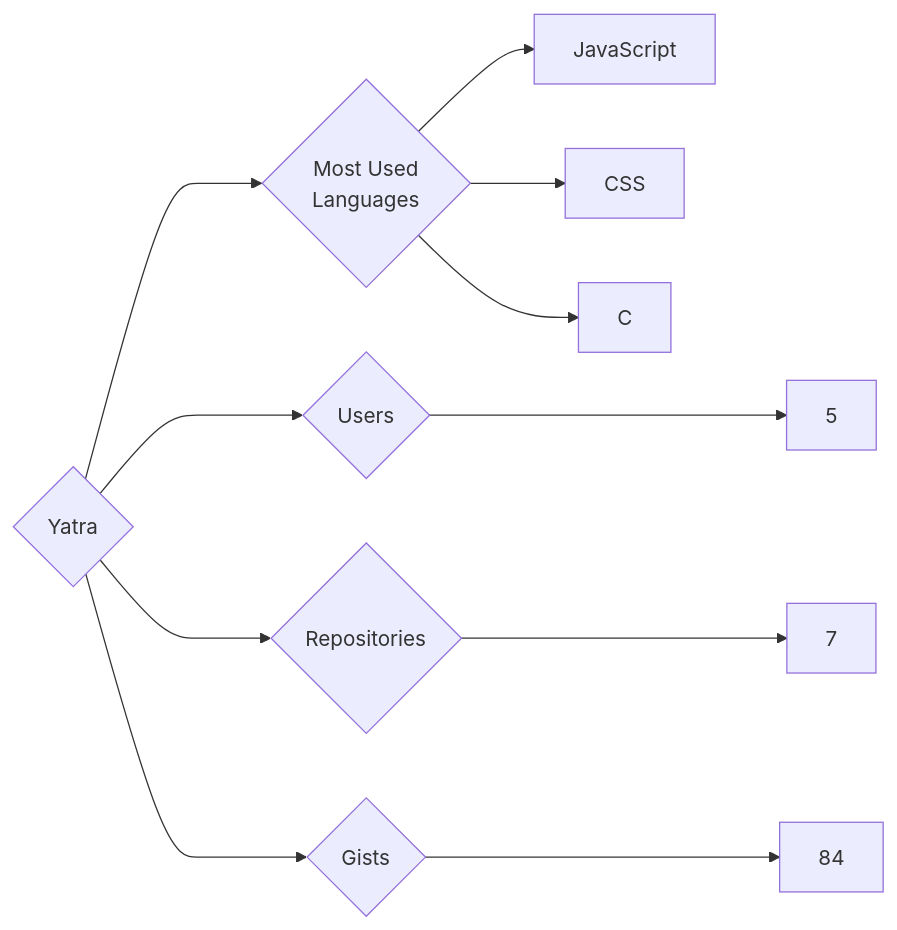
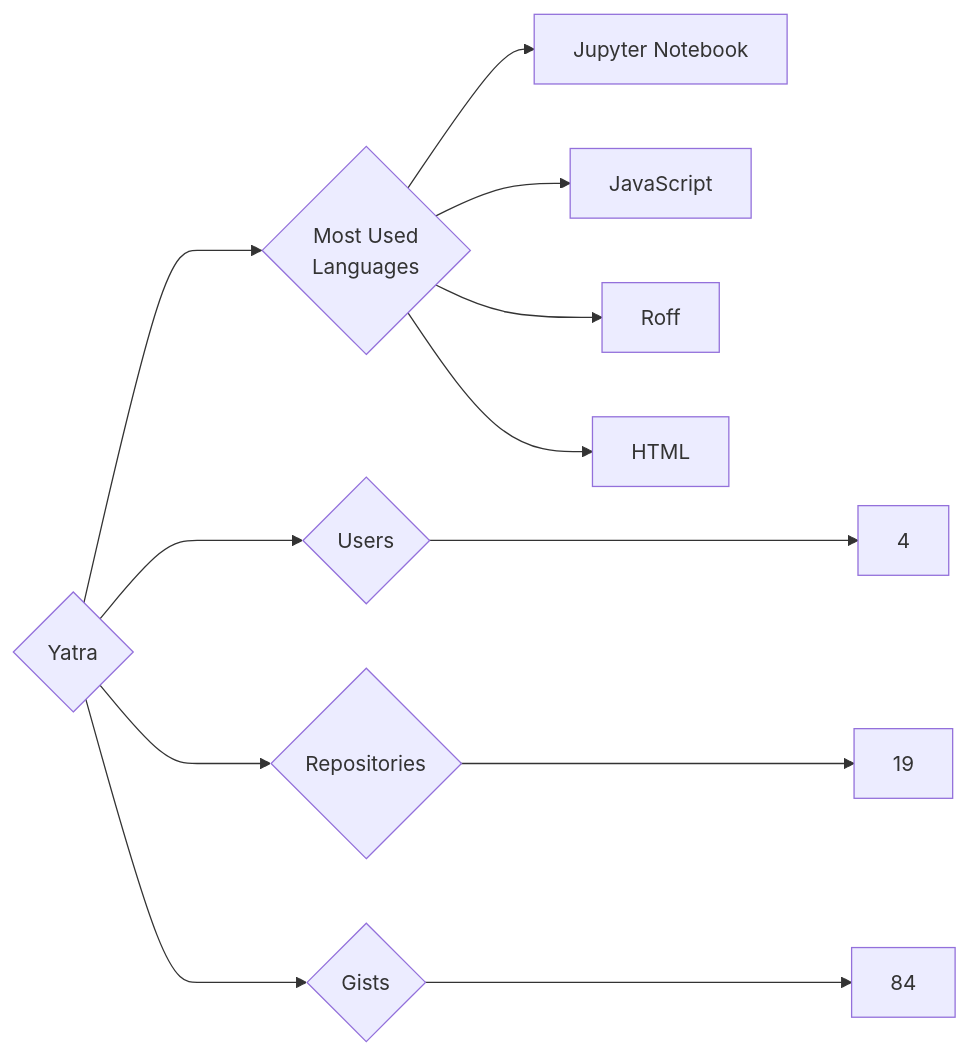
The diagram in targets/Yatra/README.md (trickest/insiders), drawn with Mermaid before and after one commit. The commit also changed 1696 other files, not shown here.

````diff
--- a/targets/Yatra/README.md
+++ b/targets/Yatra/README.md
@@ -3,11 +3,12 @@
 ```mermaid
 graph LR
 COMPANY_NAME{Yatra}
-COMPANY_NAME ---> U{Users} ---> UN[5]
-COMPANY_NAME ---> R{Repositories} ---> RN[7]
+COMPANY_NAME ---> U{Users} ---> UN[4]
+COMPANY_NAME ---> R{Repositories} ---> RN[19]
 COMPANY_NAME ---> G{Gists} ---> GN[84]
 COMPANY_NAME ---> ML{Most Used<br>Languages}
+ML --> Jupyter_Notebook[Jupyter Notebook]
 ML --> JavaScript[JavaScript]
-ML --> CSS[CSS]
-ML --> C[C]
+ML --> Roff[Roff]
+ML --> HTML[HTML]
 ```
````
